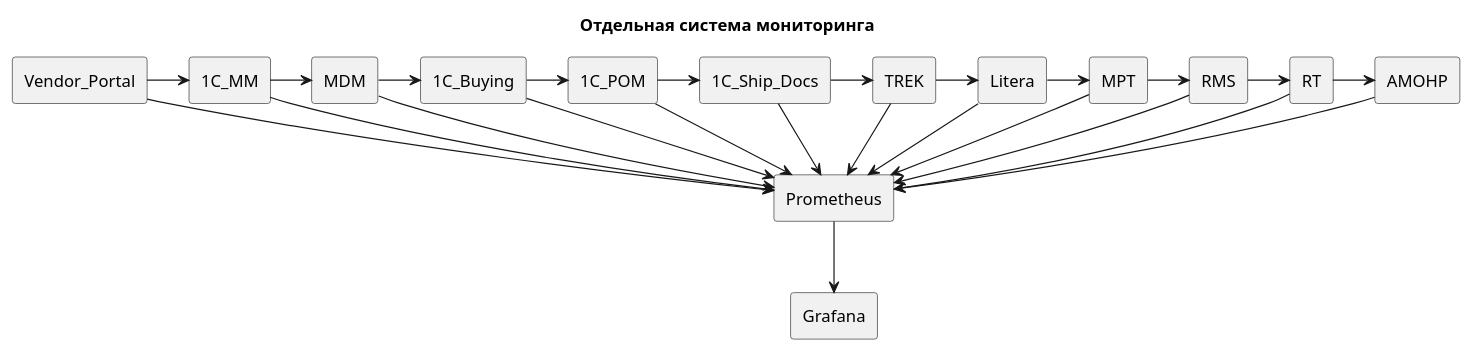
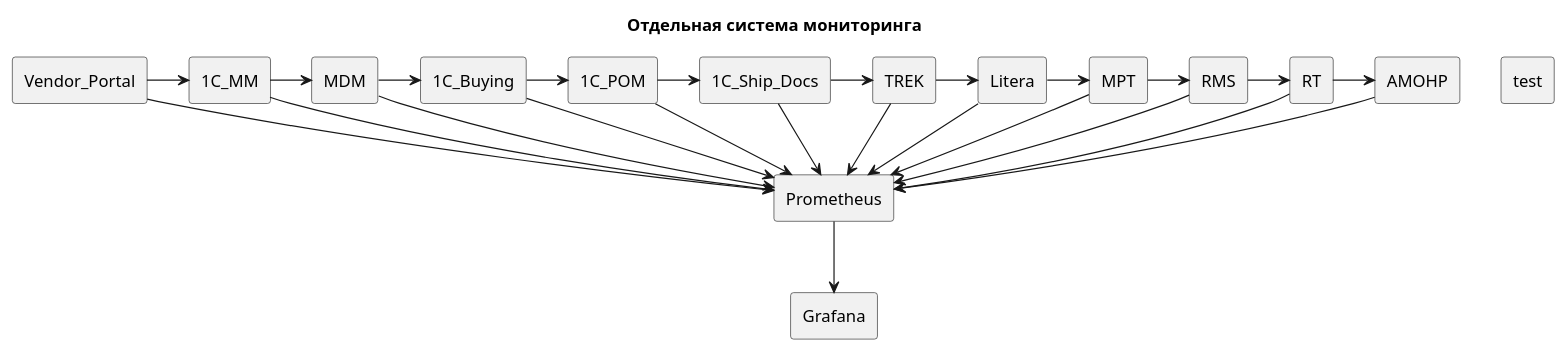
The diagram in test.puml (Panzarkill/test), drawn with PlantUML before and after one commit.

Commit message:
Second com

```diff
--- a/test.puml
+++ b/test.puml
@@ -1,48 +1,49 @@
 @startuml test
 title Отдельная система мониторинга
 
 'Источники данных
+agent test as test
 agent MDM as ob3
 agent 1С_MM as ob2
 agent Vendor_Portal as ob1
 agent 1С_Buying as ob4
 agent 1С_POM as ob5
 agent 1C_Ship_Docs as ob6
 agent TREK as ob7
 agent Litera as ob8
 agent MPT as ob9
 agent RMS as ob10
 agent RT as ob11
 agent AMOHP as ob12
 
 rectangle Prometheus
 rectangle Grafana
 
 ob1 -right-> ob2 
 ob2 -right-> ob3
 ob3 -right-> ob4
 ob4 -right-> ob5
 ob5 -right-> ob6
 ob6 -right-> ob7
 ob7 -right-> ob8
 ob8 -right-> ob9
 ob9 -right-> ob10
 ob10 -right-> ob11
 ob11 -right-> ob12 
 
 ob1 --> Prometheus
 ob2 --> Prometheus
 ob3 --> Prometheus
 ob4 --> Prometheus
 ob5 --> Prometheus
 ob6 --> Prometheus
 ob7 --> Prometheus
 ob8 --> Prometheus
 ob9 --> Prometheus
 ob10 --> Prometheus
 ob11 --> Prometheus
 ob12 --> Prometheus
 
 Prometheus --> Grafana
 
 @enduml
```
